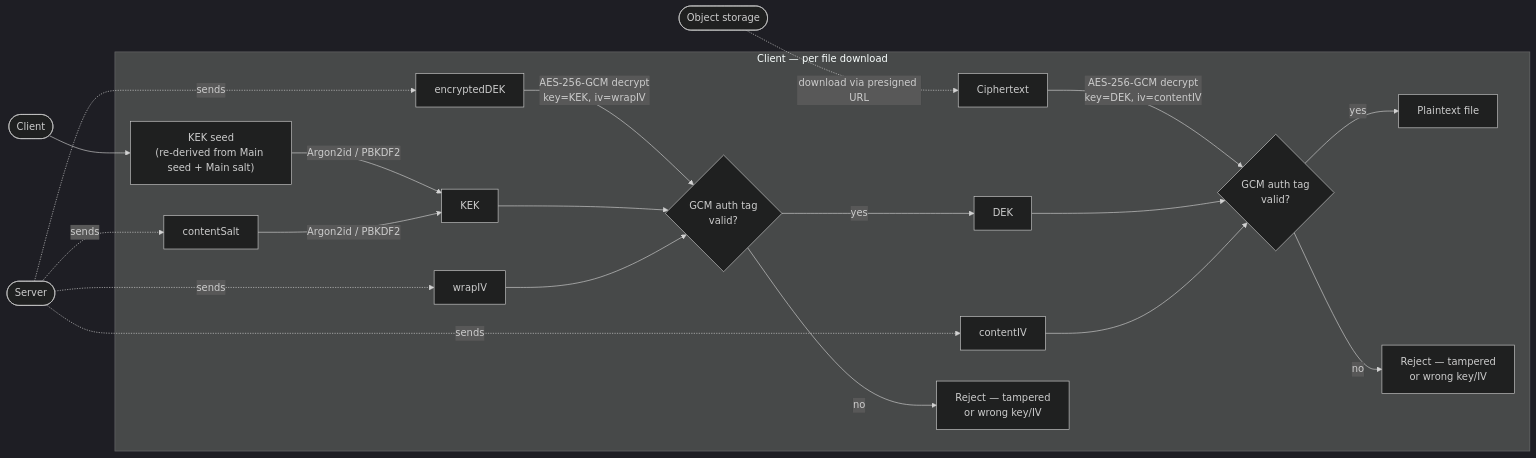
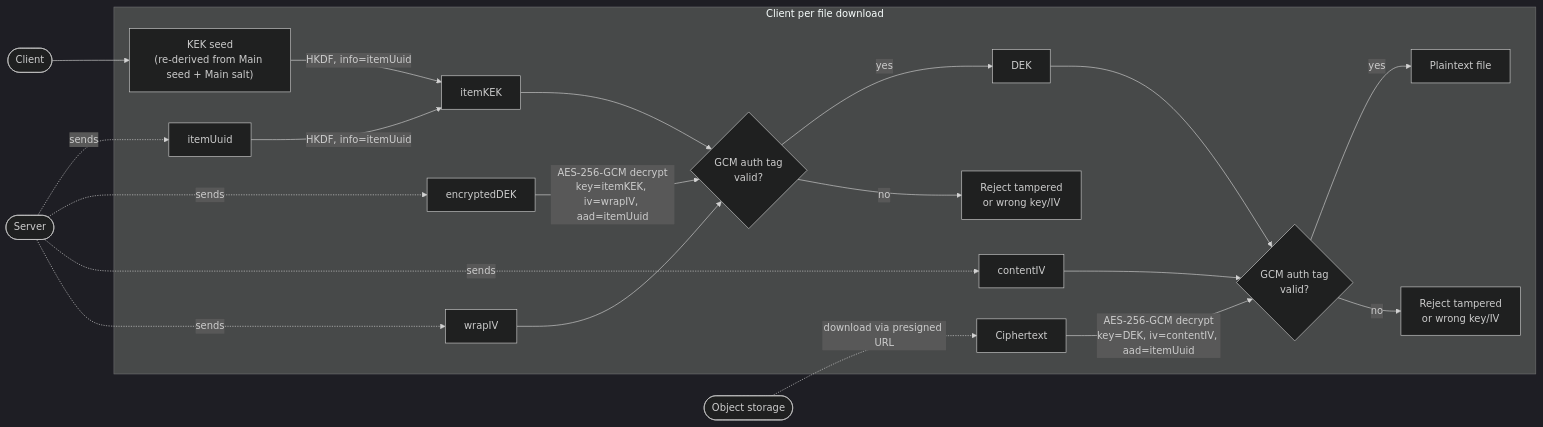
The fourth of 5 diagrams in v2.md (bitlab-tech/agent-system-data-security), drawn with Mermaid (dark theme) before and after one commit. The commit also changed other lines of this file, not shown here.

````diff
--- a/v2.md
+++ b/v2.md
@@ -215,38 +224,38 @@
 ```mermaid
 flowchart LR
     Server([Server])
     Storage([Object storage])
     Client([Client])
 
+    Server -.->|sends| ItemUuid["itemUuid"]
     Server -.->|sends| EncryptedDEK["encryptedDEK"]
-    Server -.->|sends| ContentSalt["contentSalt"]
     Server -.->|sends| ContentIV["contentIV"]
     Server -.->|sends| WrapIV["wrapIV"]
     Storage -.->|download via presigned URL| Ciphertext["Ciphertext"]
 
-    subgraph ClientSide["Client — per file download"]
+    subgraph ClientSide["Client per file download"]
         KEKSeed["KEK seed<br/>(re-derived from Main seed + Main salt)"]
-        KEK["KEK"]
+        ItemKEK["itemKEK"]
         DEK["DEK"]
         Plaintext["Plaintext file"]
         AuthCheck{"GCM auth tag<br/>valid?"}
-        Fail["Reject — tampered<br/>or wrong key/IV"]
+        Fail["Reject tampered<br/>or wrong key/IV"]
 
-        KEKSeed -->|Argon2id / PBKDF2| KEK
-        ContentSalt -->|Argon2id / PBKDF2| KEK
+        KEKSeed -->|HKDF, info=itemUuid| ItemKEK
+        ItemUuid -->|HKDF, info=itemUuid| ItemKEK
 
-        EncryptedDEK -->|AES-256-GCM decrypt<br/>key=KEK, iv=wrapIV| AuthCheck
-        KEK --> AuthCheck
+        EncryptedDEK -->|AES-256-GCM decrypt<br/>key=itemKEK, iv=wrapIV, aad=itemUuid| AuthCheck
+        ItemKEK --> AuthCheck
         WrapIV --> AuthCheck
         AuthCheck -->|yes| DEK
         AuthCheck -->|no| Fail
 
-        Ciphertext -->|AES-256-GCM decrypt<br/>key=DEK, iv=contentIV| AuthCheck2{"GCM auth tag<br/>valid?"}
+        Ciphertext -->|AES-256-GCM decrypt<br/>key=DEK, iv=contentIV, aad=itemUuid| AuthCheck2{"GCM auth tag<br/>valid?"}
         DEK --> AuthCheck2
         ContentIV --> AuthCheck2
         AuthCheck2 -->|yes| Plaintext
-        AuthCheck2 -->|no| Fail2["Reject — tampered<br/>or wrong key/IV"]
+        AuthCheck2 -->|no| Fail2["Reject tampered<br/>or wrong key/IV"]
     end
 
     Client --> KEKSeed
 ```
````
